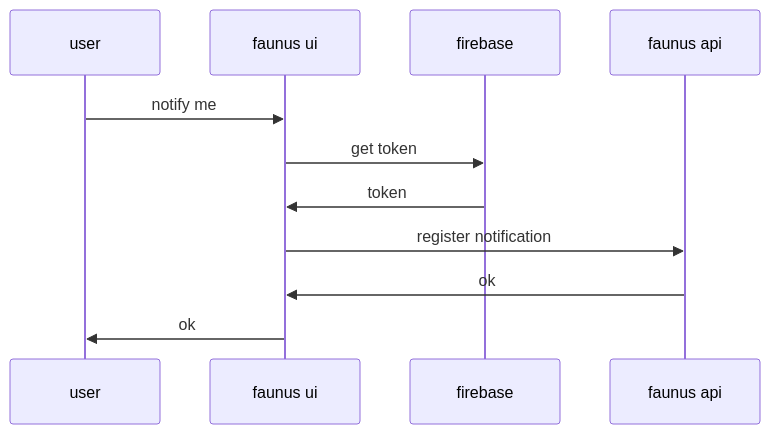
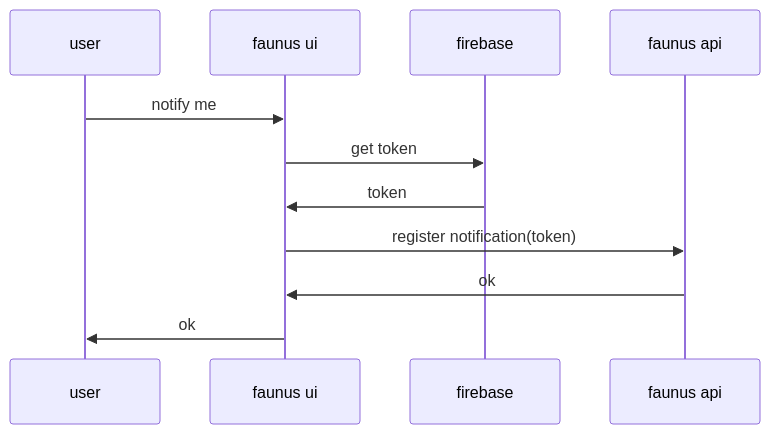
One commit to Shetabi/faunus changed the diagram in faunus-api/docs/diagrams/notification-registration.mmd. Above: the diagram before and after it, drawn with Mermaid. The commit also changed 23 other files, not shown here.

```diff
--- a/faunus-api/docs/diagrams/notification-registration.mmd
+++ b/faunus-api/docs/diagrams/notification-registration.mmd
@@ -1,7 +1,7 @@
 sequenceDiagram
     user->>faunus ui: notify me
     faunus ui->>firebase: get token
     firebase->>faunus ui: token
-    faunus ui->>faunus api: register notification
+    faunus ui->>faunus api: register notification(token)
     faunus api->>faunus ui: ok
     faunus ui->>user: ok
```
